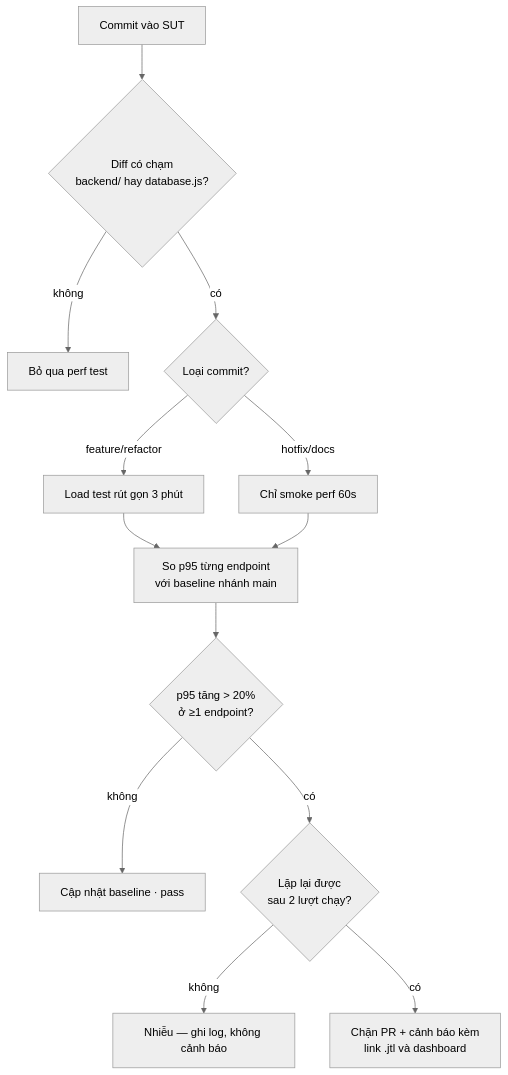
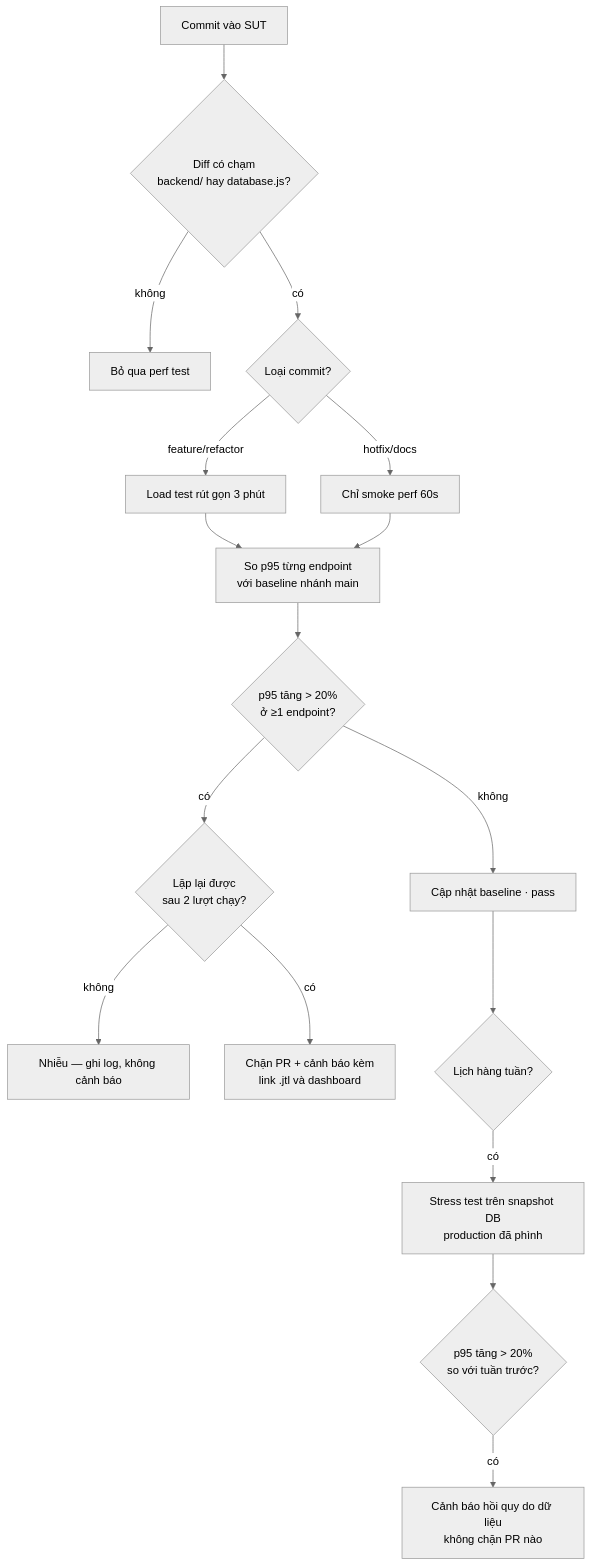
Before and after one commit to DuyITLOR/HW05-Performance-Testing: the diagram in report/main-report.md, drawn with Mermaid (neutral theme). The commit also changed other lines of this file and 54 other files, not shown here.

````diff
--- a/report/main-report.md
+++ b/report/main-report.md
@@ -314,15 +366,19 @@
 ```mermaid
 flowchart TD
     A[Commit vào SUT] --> B{Diff có chạm<br/>backend/ hay database.js?}
     B -- không --> Z[Bỏ qua perf test]
     B -- có --> C{Loại commit?}
     C -- hotfix/docs --> D[Chỉ smoke perf 60s]
     C -- feature/refactor --> E[Load test rút gọn 3 phút]
     E --> F[So p95 từng endpoint<br/>với baseline nhánh main]
     D --> F
     F --> G{p95 tăng > 20%<br/>ở ≥1 endpoint?}
     G -- không --> H[Cập nhật baseline · pass]
     G -- có --> I{Lặp lại được<br/>sau 2 lượt chạy?}
     I -- không --> J[Nhiễu — ghi log, không cảnh báo]
     I -- có --> K[Chặn PR + cảnh báo kèm<br/>link .jtl và dashboard]
+    H --> L{Lịch hàng tuần?}
+    L -- có --> M[Stress test trên snapshot DB<br/>production đã phình]
+    M --> N{p95 tăng > 20%<br/>so với tuần trước?}
+    N -- có --> O[Cảnh báo hồi quy do dữ liệu<br/>không chặn PR nào]
 ```
````
